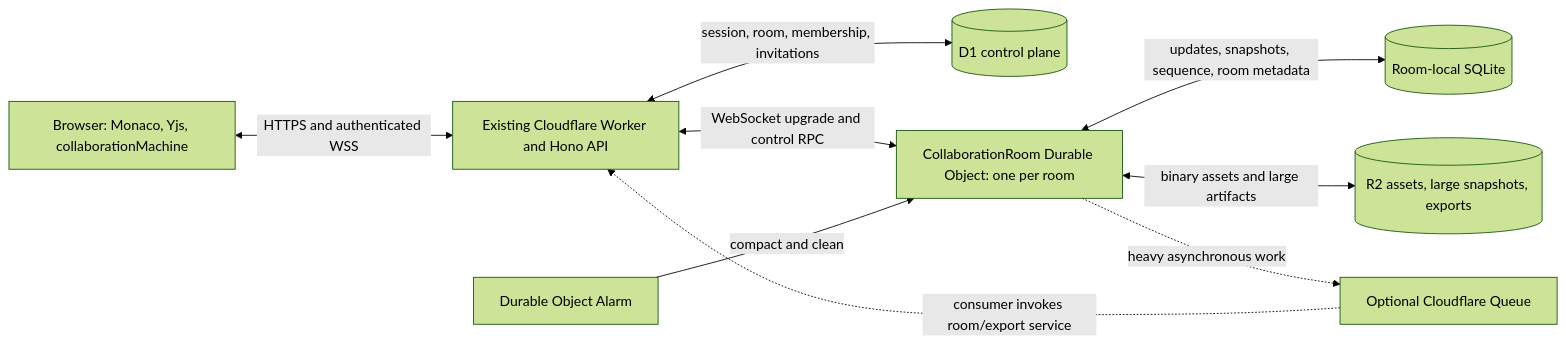
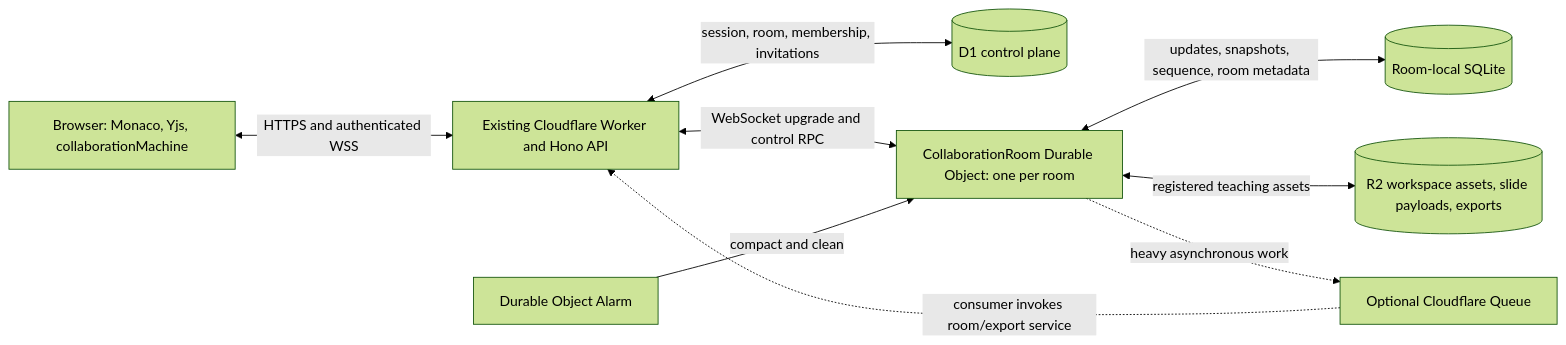
One commit to channyeintun/next-editor changed the diagram in docs/live-collaboration-cloudflare.md. Above: the diagram before and after it, drawn with Mermaid (forest theme). The commit also changed other lines of this file and 61 other files, not shown here.

````diff
--- a/docs/live-collaboration-cloudflare.md
+++ b/docs/live-collaboration-cloudflare.md
@@ -64,20 +66,20 @@
 ```mermaid
 flowchart LR
     Browser[Browser: Monaco, Yjs, collaborationMachine]
     Worker[Existing Cloudflare Worker and Hono API]
     D1[(D1 control plane)]
     Room[CollaborationRoom Durable Object: one per room]
     SQL[(Room-local SQLite)]
-    R2[(R2 assets, large snapshots, exports)]
+    R2[(R2 workspace assets, slide payloads, exports)]
     Alarm[Durable Object Alarm]
     Queue[Optional Cloudflare Queue]
 
     Browser <-->|HTTPS and authenticated WSS| Worker
     Worker <-->|session, room, membership, invitations| D1
     Worker <-->|WebSocket upgrade and control RPC| Room
     Room <-->|updates, snapshots, sequence, room metadata| SQL
-    Room <-->|binary assets and large artifacts| R2
+    Room <-->|registered teaching assets| R2
     Alarm -->|compact and clean| Room
     Room -.->|heavy asynchronous work| Queue
     Queue -.->|consumer invokes room/export service| Worker
 ```
````
